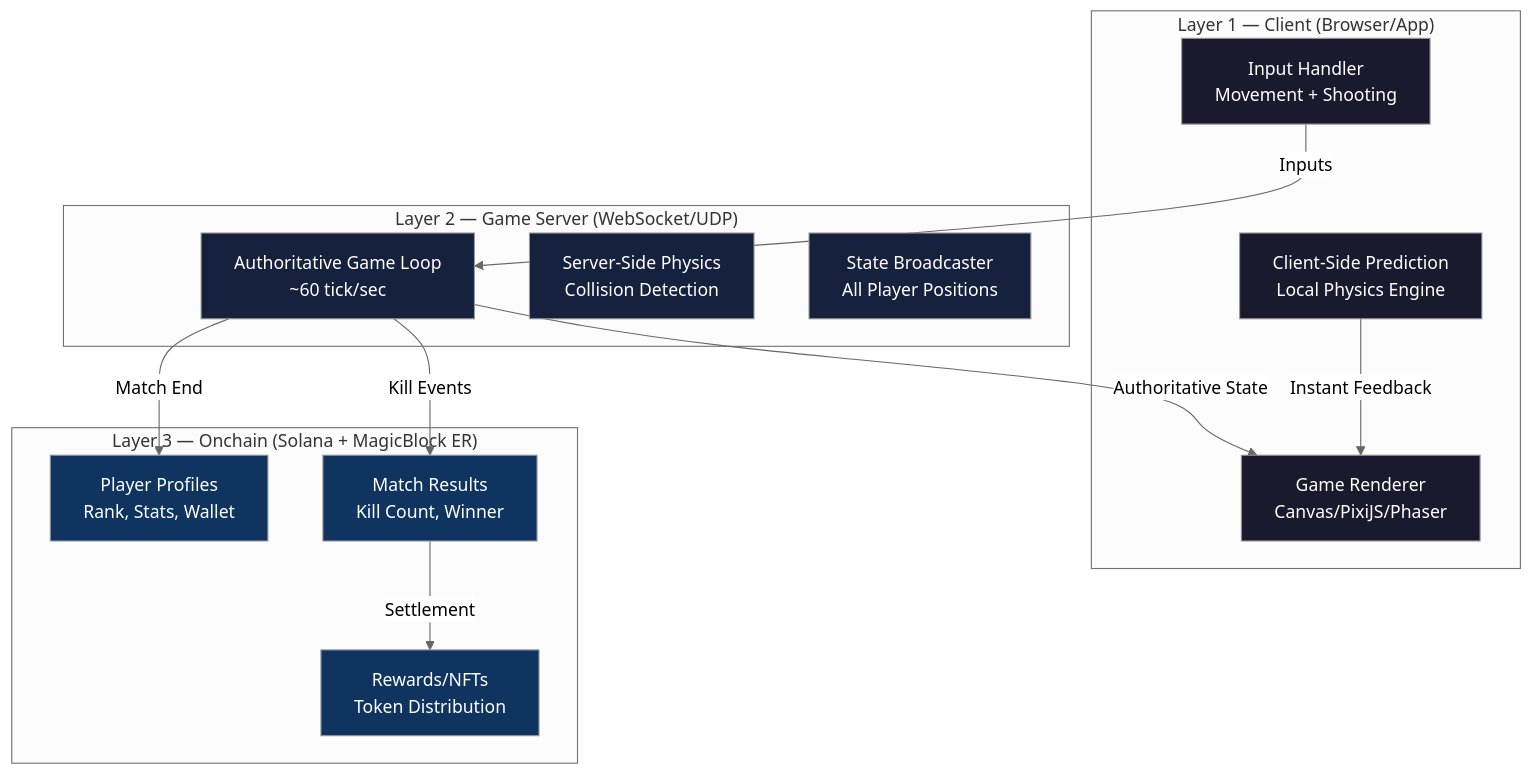
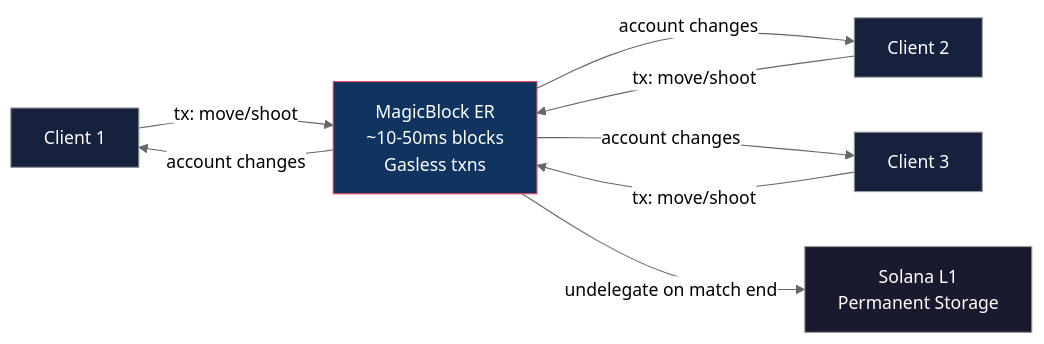
The first of 4 diagrams in Code Dumps/port-protocol/mini-militia-architecture.md (pantha704/obsidian), drawn with Mermaid (neutral theme) before and after one commit. The commit also changed other lines of this file, not shown here.

````diff
--- a/Code Dumps/port-protocol/mini-militia-architecture.md
+++ b/Code Dumps/port-protocol/mini-militia-architecture.md
@@ -29,37 +15,16 @@
 ```mermaid
-graph TB
-    subgraph "Layer 1 — Client (Browser/App)"
-        A[Game Renderer<br/>Canvas/PixiJS/Phaser]
-        B[Client-Side Prediction<br/>Local Physics Engine]
-        C[Input Handler<br/>Movement + Shooting]
-    end
+graph LR
+    C1[Client 1] -->|tx: move/shoot| ER[MagicBlock ER<br/>~10-50ms blocks<br/>Gasless txns]
+    C2[Client 2] -->|tx: move/shoot| ER
+    C3[Client 3] -->|tx: move/shoot| ER
+    ER -->|account changes| C1
+    ER -->|account changes| C2
+    ER -->|account changes| C3
+    ER -->|undelegate on match end| L1[Solana L1<br/>Permanent Storage]
 
-    subgraph "Layer 2 — Game Server (WebSocket/UDP)"
-        D[Authoritative Game Loop<br/>~60 tick/sec]
-        E[Server-Side Physics<br/>Collision Detection]
-        F[State Broadcaster<br/>All Player Positions]
-    end
-
-    subgraph "Layer 3 — Onchain (Solana + MagicBlock ER)"
-        G[Player Profiles<br/>Rank, Stats, Wallet]
-        H[Match Results<br/>Kill Count, Winner]
-        I[Rewards/NFTs<br/>Token Distribution]
-    end
-
-    C -->|Inputs| D
-    D -->|Authoritative State| A
-    B -->|Instant Feedback| A
-    D -->|Match End| G
-    D -->|Kill Events| H
-    H -->|Settlement| I
-
-    style A fill:#1a1a2e,color:#fff
-    style B fill:#1a1a2e,color:#fff
-    style C fill:#1a1a2e,color:#fff
-    style D fill:#16213e,color:#fff
-    style E fill:#16213e,color:#fff
-    style F fill:#16213e,color:#fff
-    style G fill:#0f3460,color:#fff
-    style H fill:#0f3460,color:#fff
-    style I fill:#0f3460,color:#fff
+    style ER fill:#0f3460,color:#fff,stroke:#e94560
+    style L1 fill:#1a1a2e,color:#fff
+    style C1 fill:#16213e,color:#fff
+    style C2 fill:#16213e,color:#fff
+    style C3 fill:#16213e,color:#fff
 ```
````
